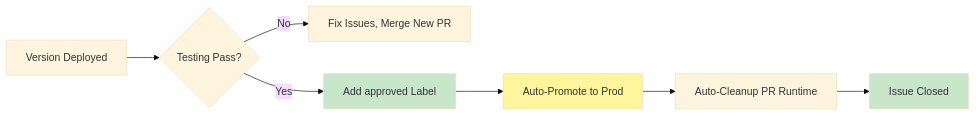
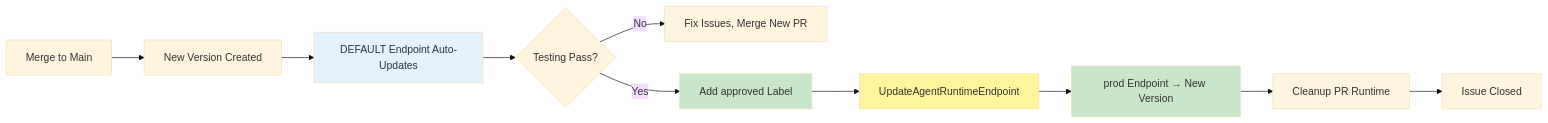
One commit to VijayNiles/agentcore-runtime-pr-deployment-demo changed the diagram in README.md. Above: the diagram before and after it, drawn with Mermaid (base theme). The commit also changed other lines of this file, not shown here.

````diff
--- a/README.md
+++ b/README.md
@@ -375,13 +700,17 @@
 ```mermaid
 graph LR
-    A[Version Deployed] --> B{Testing Pass?}
-    B -->|No| C[Fix Issues, Merge New PR]
-    B -->|Yes| D[Add approved Label]
-    D --> E[Auto-Promote to Prod]
-    E --> F[Auto-Cleanup PR Runtime]
-    F --> G[Issue Closed]
+    A[Merge to Main] --> B[New Version Created]
+    B --> C[DEFAULT Endpoint Auto-Updates]
+    C --> D{Testing Pass?}
+    D -->|No| E[Fix Issues, Merge New PR]
+    D -->|Yes| F[Add approved Label]
+    F --> G[UpdateAgentRuntimeEndpoint]
+    G --> H[prod Endpoint → New Version]
+    H --> I[Cleanup PR Runtime]
+    I --> J[Issue Closed]
     
-    style D fill:#c8e6c9
-    style E fill:#fff59d
-    style G fill:#c8e6c9
+    style C fill:#e3f2fd
+    style F fill:#c8e6c9
+    style G fill:#fff59d
+    style H fill:#c8e6c9
 ```
````
